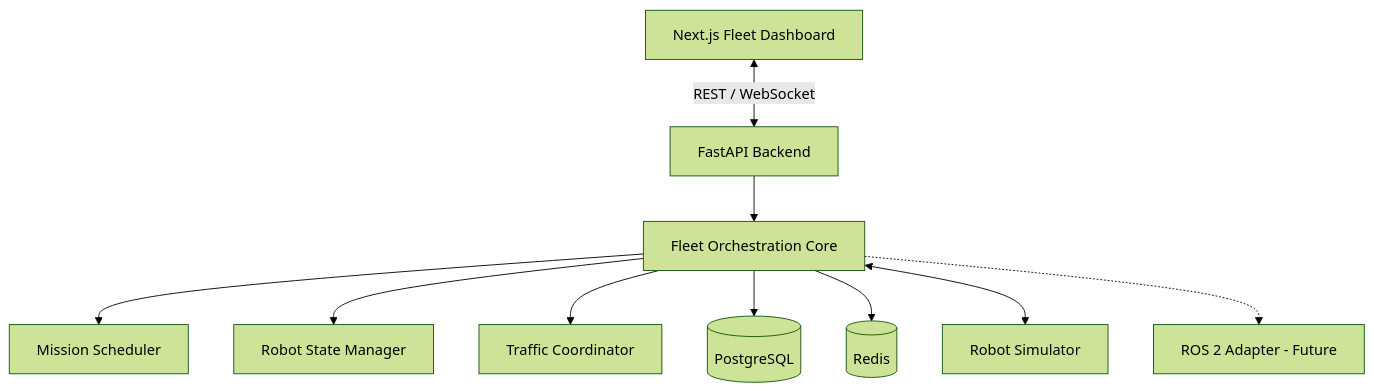
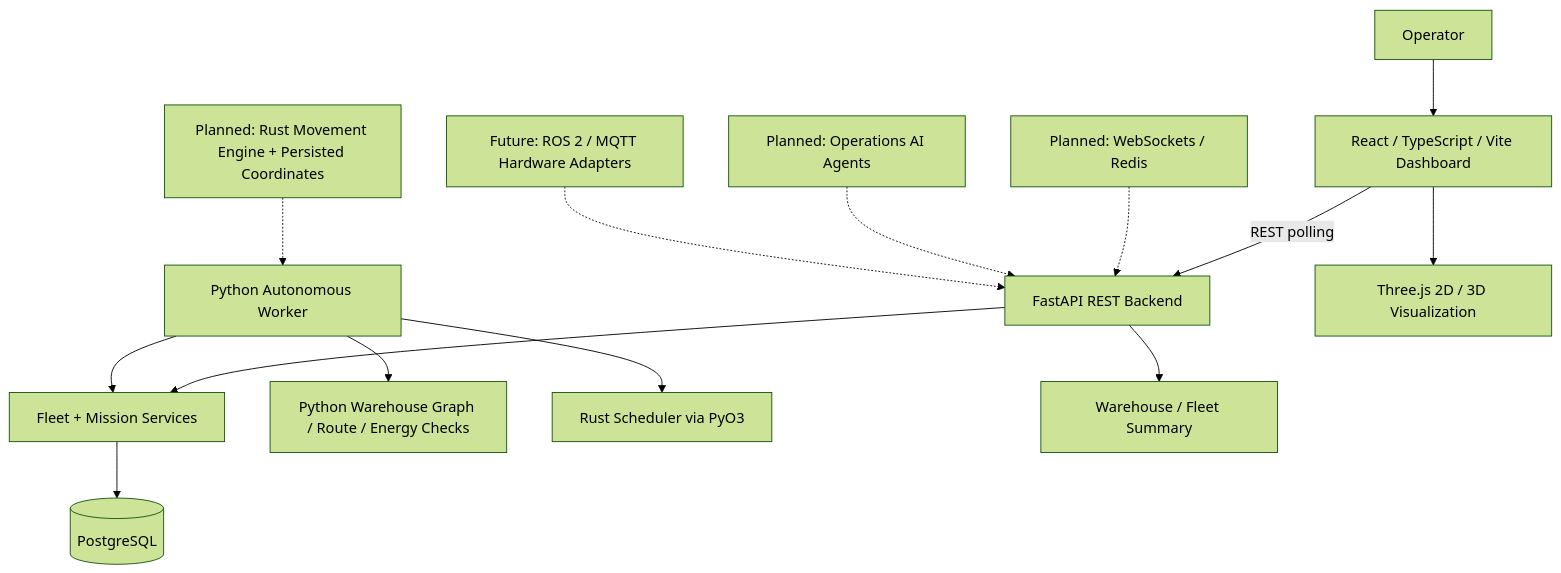
Before and after one commit to HamzaAhmedKhan786/robotics-fleet-manager: the first of 2 diagrams in README.md, drawn with Mermaid (forest theme). The commit also changed other lines of this file and 47 other files, not shown here.

Commit message:
feat: implement FleetOS 3D dashboard and autonomous mission management

````diff
--- a/README.md
+++ b/README.md
@@ -73,23 +123,16 @@
 ```mermaid
 flowchart TD
-    UI["Next.js Fleet Dashboard"]
-    API["FastAPI Backend"]
-    CORE["Fleet Orchestration Core"]
-    SCHED["Mission Scheduler"]
-    STATE["Robot State Manager"]
-    TRAFFIC["Traffic Coordinator"]
-    DB[("PostgreSQL")]
-    REDIS[("Redis")]
-    SIM["Robot Simulator"]
-    ROS["ROS 2 Adapter - Future"]
-
-    UI <-->|REST / WebSocket| API
-    API --> CORE
-    CORE --> SCHED
-    CORE --> STATE
-    CORE --> TRAFFIC
-    CORE --> DB
-    CORE --> REDIS
-    CORE <--> SIM
-    CORE -.-> ROS
+    Operator["Operator"] --> UI["React / TypeScript / Vite Dashboard"]
+    UI -->|REST polling| API["FastAPI REST Backend"]
+    API --> Models["Fleet + Mission Services"]
+    Models --> PG[("PostgreSQL")]
+    Worker["Python Autonomous Worker"] --> Models
+    Worker --> Route["Python Warehouse Graph / Route / Energy Checks"]
+    Worker --> Native["Rust Scheduler via PyO3"]
+    API --> Status["Warehouse / Fleet Summary"]
+    UI --> Twin["Three.js 2D / 3D Visualization"]
+    FutureMovement["Planned: Rust Movement Engine + Persisted Coordinates"] -.-> Worker
+    FutureStreaming["Planned: WebSockets / Redis"] -.-> API
+    FutureAI["Planned: Operations AI Agents"] -.-> API
+    FutureROS["Future: ROS 2 / MQTT Hardware Adapters"] -.-> API
 ```
````
